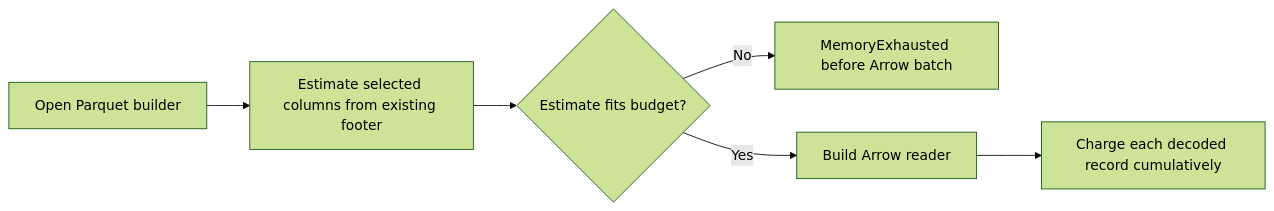
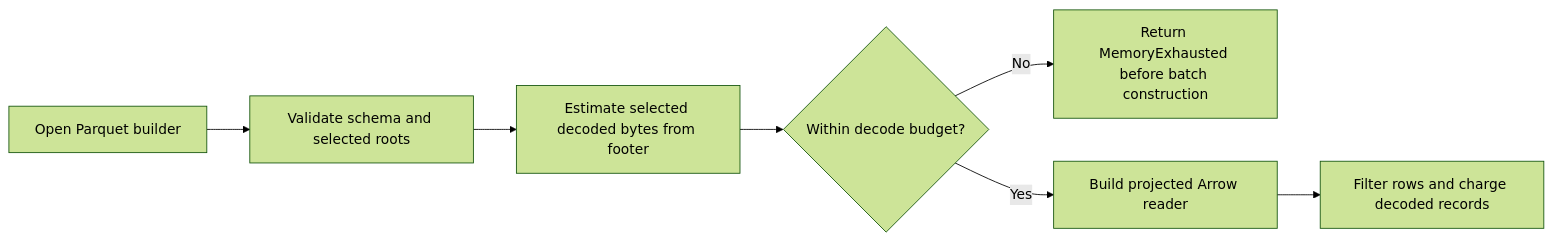
The diagram in docs/archive/pr-summaries/pr-summary-2446.md (stSoftwareAU/NEAT-AI-Discovery), drawn with Mermaid (forest theme) before and after one commit. The commit also changed other lines of this file and 2 other files, not shown here.

````diff
--- a/docs/archive/pr-summaries/pr-summary-2446.md
+++ b/docs/archive/pr-summaries/pr-summary-2446.md
@@ -32,8 +62,9 @@
 ```mermaid
 flowchart LR
-    A[Open Parquet builder] --> B[Estimate selected columns from existing footer]
-    B --> C{Estimate fits budget?}
-    C -->|No| D[MemoryExhausted before Arrow batch]
-    C -->|Yes| E[Build Arrow reader]
-    E --> F[Charge each decoded record cumulatively]
+    A[Open Parquet builder] --> B[Validate schema and selected roots]
+    B --> C[Estimate selected decoded bytes from footer]
+    C --> D{Within decode budget?}
+    D -->|No| E[Return MemoryExhausted before batch construction]
+    D -->|Yes| F[Build projected Arrow reader]
+    F --> G[Filter rows and charge decoded records]
 ```
````
